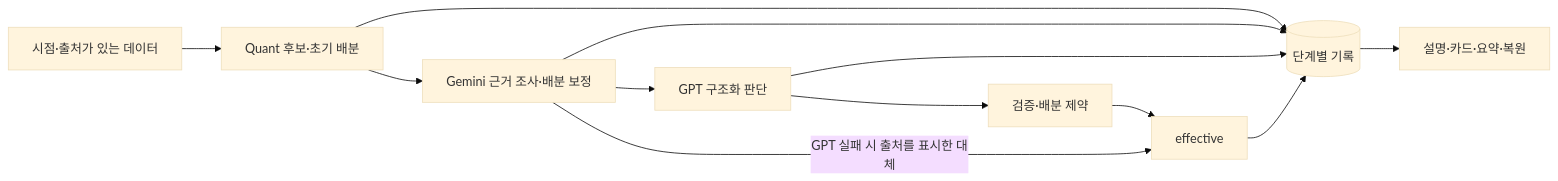
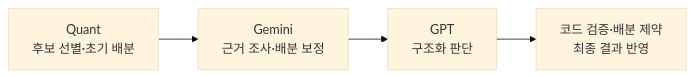
The diagram in README.md (petruslihm/ai-investment-research), drawn with Mermaid (base theme) before and after one commit. The commit also changed other lines of this file, not shown here.

````diff
--- a/README.md
+++ b/README.md
@@ -43,14 +13,6 @@
 ```mermaid
 flowchart LR
-    D[시점·출처가 있는 데이터] --> Q[Quant 후보·초기 배분]
-    Q --> R[Gemini 근거 조사·배분 보정]
-    R --> G[GPT 구조화 판단]
-    G --> V[검증·배분 제약]
-    V --> E[effective]
-    R -->|GPT 실패 시 출처를 표시한 대체| E
-    Q --> S[(단계별 기록)]
-    R --> S
-    G --> S
-    E --> S
-    S --> U[설명·카드·요약·복원]
+    Q["Quant<br/>후보 선별·초기 배분"] --> R["Gemini<br/>근거 조사·배분 보정"]
+    R --> G["GPT<br/>구조화 판단"]
+    G --> V["코드 검증·배분 제약<br/>최종 결과 반영"]
 ```
````
